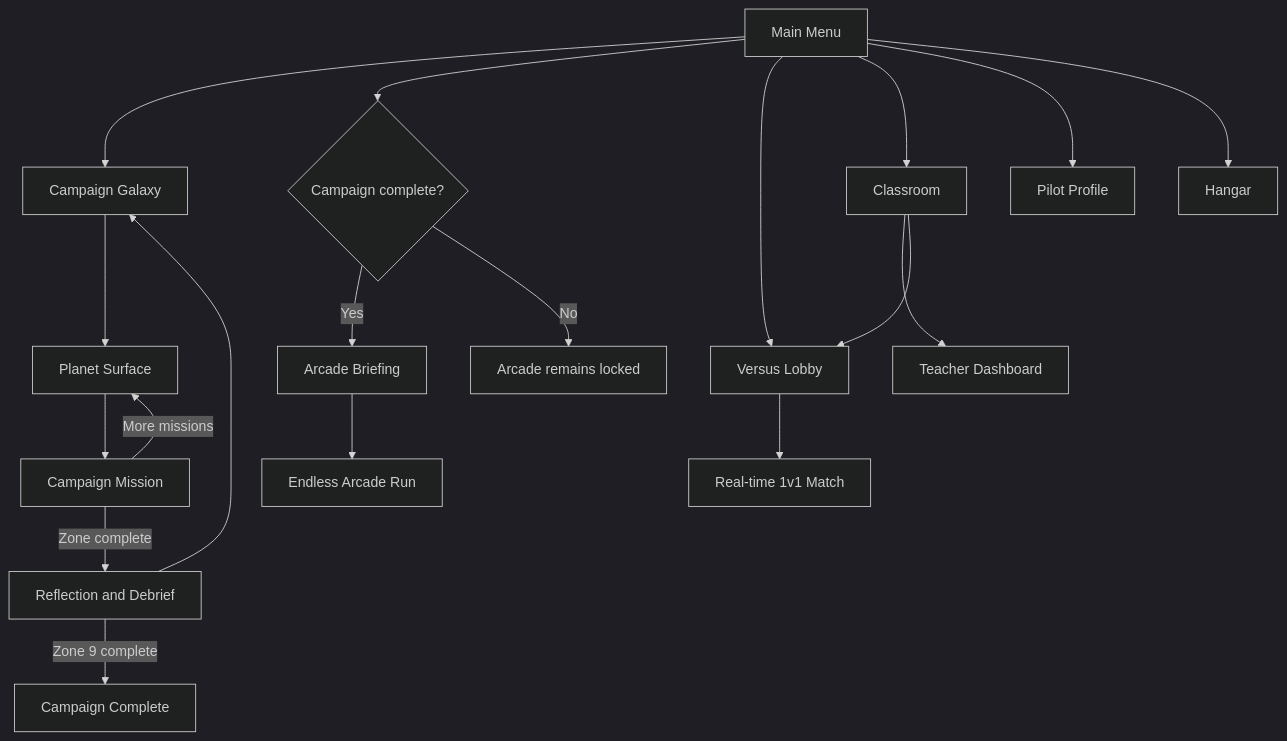
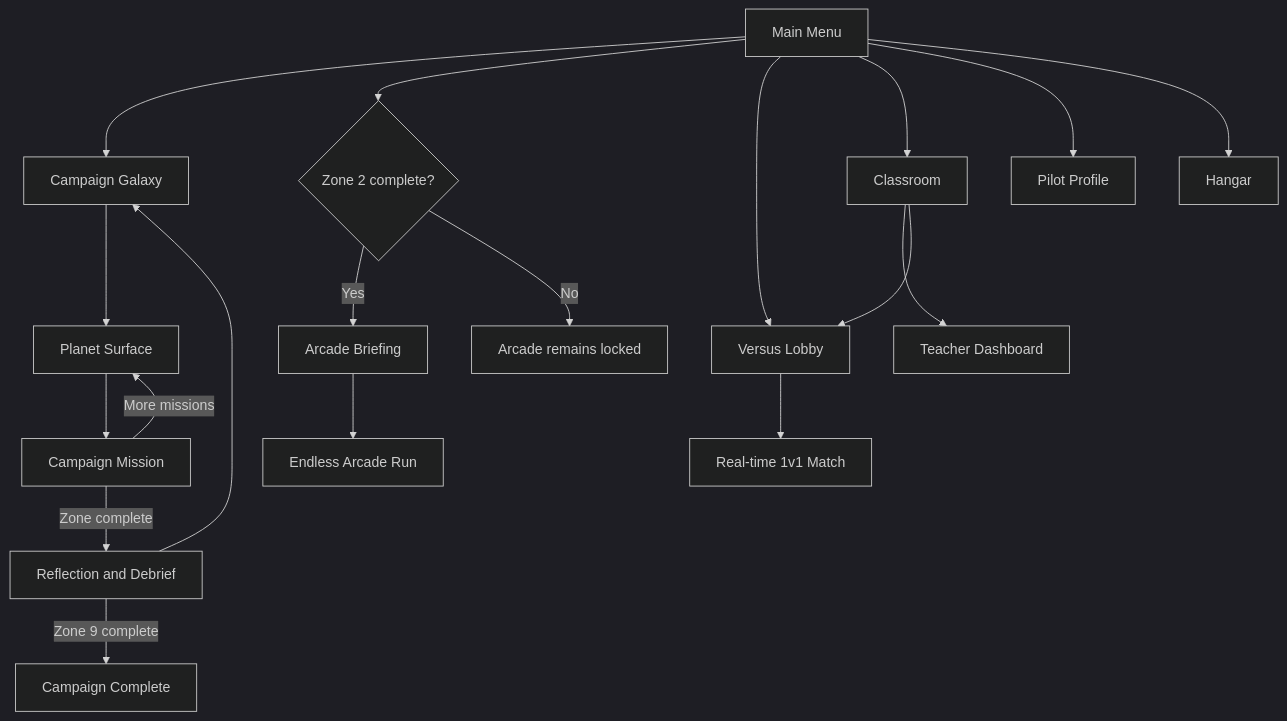
One commit to jpattison54319/SlopeInvaders changed the first of 3 diagrams in docs/CURRENT_GAME_IMPLEMENTATION.md. Above: the diagram before and after it, drawn with Mermaid (dark theme). The commit also changed other lines of this file and 8 other files, not shown here.

Commit message:
arcade after zone 2

````diff
--- a/docs/CURRENT_GAME_IMPLEMENTATION.md
+++ b/docs/CURRENT_GAME_IMPLEMENTATION.md
@@ -1031,24 +1031,24 @@
 ```mermaid
 flowchart TD
     Menu["Main Menu"] --> Campaign["Campaign Galaxy"]
-    Menu --> ArcadeGate{"Campaign complete?"}
+    Menu --> ArcadeGate{"Zone 2 complete?"}
     Menu --> VersusLobby["Versus Lobby"]
     Menu --> Classroom["Classroom"]
     Menu --> Profile["Pilot Profile"]
     Menu --> Hangar["Hangar"]
 
     ArcadeGate -->|Yes| ArcadeBrief["Arcade Briefing"]
     ArcadeGate -->|No| Locked["Arcade remains locked"]
     ArcadeBrief --> ArcadeRun["Endless Arcade Run"]
 
     Campaign --> Planet["Planet Surface"]
     Planet --> Mission["Campaign Mission"]
     Mission -->|More missions| Planet
     Mission -->|Zone complete| Debrief["Reflection and Debrief"]
     Debrief --> Campaign
     Debrief -->|Zone 9 complete| Finale["Campaign Complete"]
 
     Classroom --> Teacher["Teacher Dashboard"]
     Classroom --> VersusLobby
     VersusLobby --> Match["Real-time 1v1 Match"]
 ```
````
